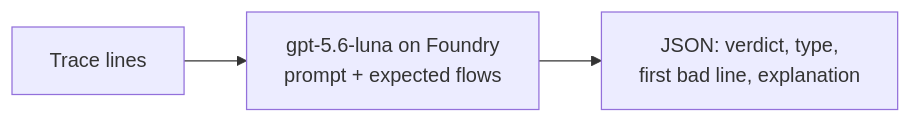
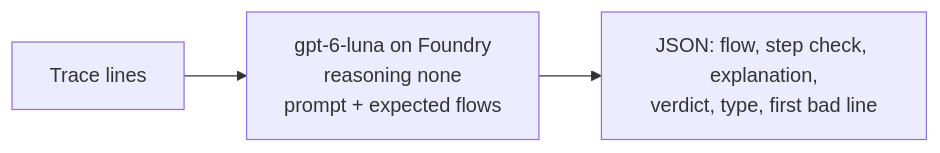
Before and after one commit to AliRezaFarahnak-Customer-Demos/log-anomaly-gpu-vs-llm-poc: the third of 4 diagrams in README.md, drawn with Mermaid. The commit also changed other lines of this file and 2 other files, not shown here.

First line of the commit message:
Default LLM track to gpt-6-luna with reasoning none; README results

````diff
--- a/README.md
+++ b/README.md
@@ -36,5 +36,5 @@
 ```mermaid
 flowchart LR
-    trace["Trace lines"] --> llm["gpt-5.6-luna on Foundry<br/>prompt + expected flows"]
-    llm --> json["JSON: verdict, type,<br/>first bad line, explanation"]
+    trace["Trace lines"] --> llm["gpt-6-luna on Foundry<br/>reasoning none<br/>prompt + expected flows"]
+    llm --> json["JSON: flow, step check, explanation,<br/>verdict, type, first bad line"]
 ```
````
